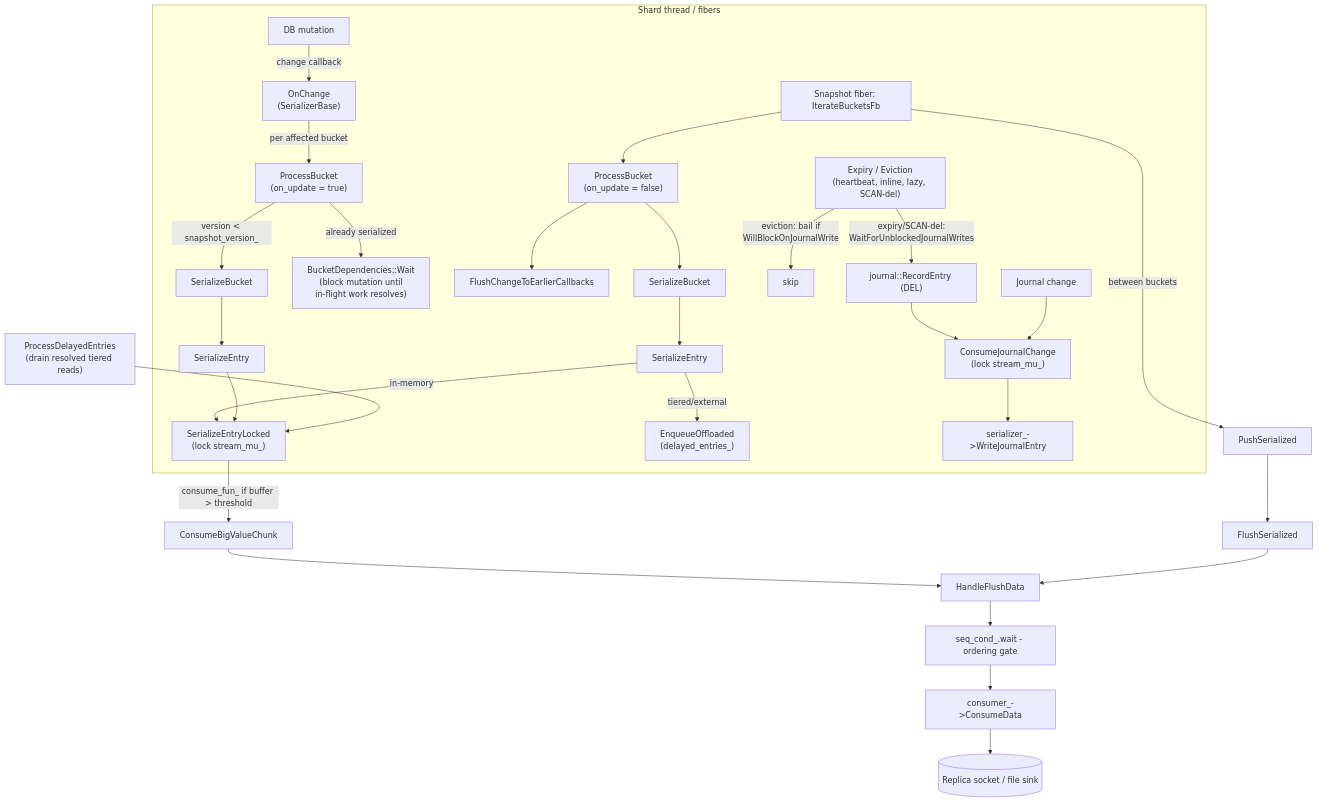
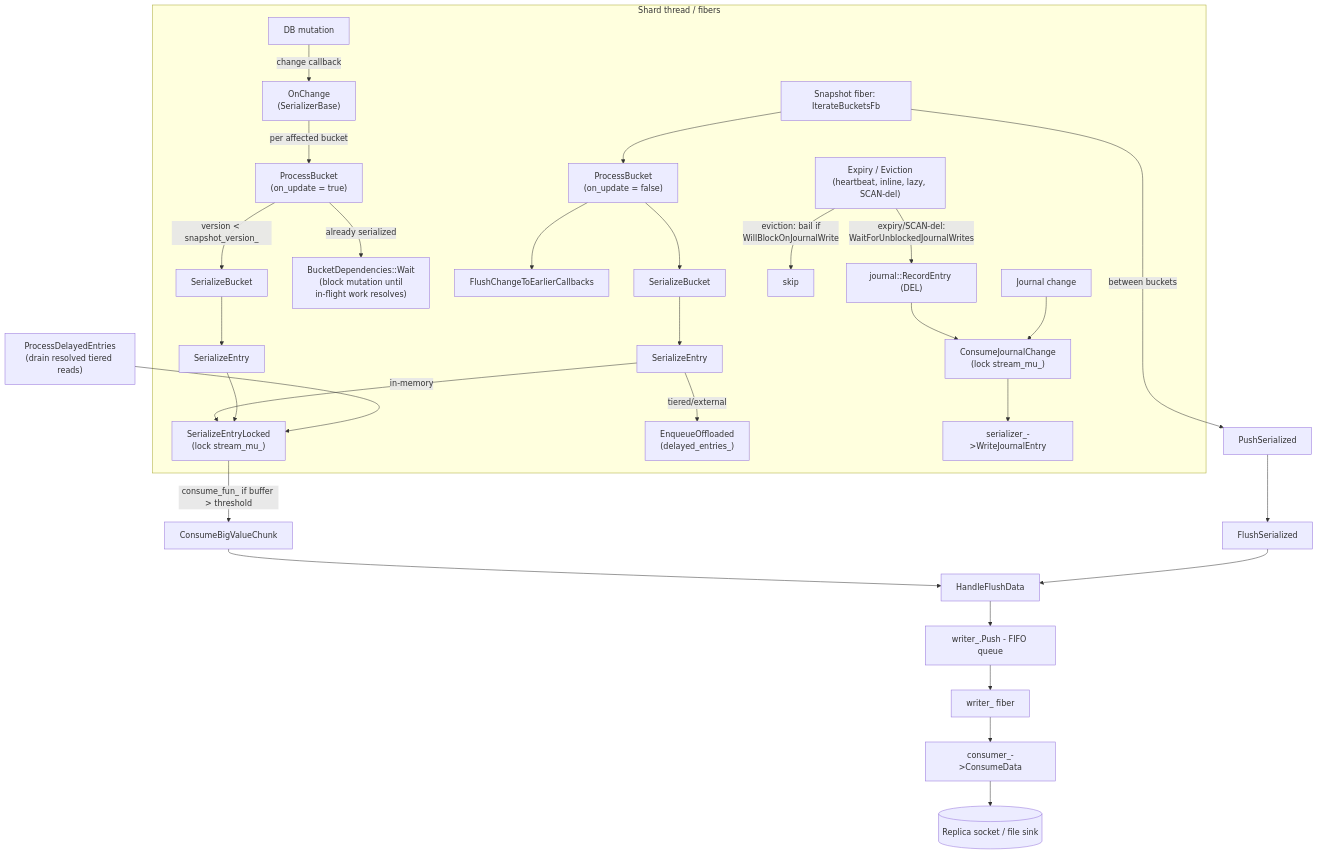
One commit to dragonflydb/dragonfly changed the first of 2 diagrams in docs/shard-serialization.md. Above: the diagram before and after it, drawn with Mermaid. The commit also changed other lines of this file and 2 other files, not shown here.

First line of the commit message:
refactor(snapshot): replace the seq_cond_ ordering gate with QueuedSinkWriter

````diff
--- a/docs/shard-serialization.md
+++ b/docs/shard-serialization.md
@@ -53,39 +53,40 @@
 ```mermaid
 flowchart TD
   subgraph ShardThread[Shard thread / fibers]
     MUT[DB mutation] -->|change callback| ODC["OnChange<br/>(SerializerBase)"]
     ODC -->|per affected bucket| PB1["ProcessBucket<br/>(on_update = true)"]
     PB1 -->|version &lt; snapshot_version_| SBL1["SerializeBucket"]
     PB1 -->|already serialized| WAIT["BucketDependencies::Wait<br/>(block mutation until<br/>in-flight work resolves)"]
     SBL1 --> SE1["SerializeEntry"]
 
     TRAV["Snapshot fiber: IterateBucketsFb"] --> PB2["ProcessBucket<br/>(on_update = false)"]
     PB2 --> FCE["FlushChangeToEarlierCallbacks"]
     PB2 --> SBL2["SerializeBucket"]
     SBL2 --> SE2["SerializeEntry"]
 
     SE2 -->|in-memory| SAVE2["SerializeEntryLocked<br/>(lock stream_mu_)"]
     SE2 -->|tiered/external| ENQ["EnqueueOffloaded<br/>(delayed_entries_)"]
     SE1 --> SAVE2
 
     EXP["Expiry / Eviction<br/>(heartbeat, inline, lazy, SCAN-del)"]
     EXP -->|"eviction: bail if<br/>WillBlockOnJournalWrite"| SKIP[skip]
     EXP -->|"expiry/SCAN-del:<br/>WaitForUnblockedJournalWrites"| JRN_DIRECT["journal::RecordEntry (DEL)"]
     JRN_DIRECT --> CJC
 
     JRN[Journal change] --> CJC["ConsumeJournalChange<br/>(lock stream_mu_)"]
     CJC --> WJE["serializer_->WriteJournalEntry"]
   end
 
   SAVE2 -->|consume_fun_ if buffer &gt; threshold| CBC["ConsumeBigValueChunk"]
   CBC --> HFD[HandleFlushData]
 
   TRAV -->|between buckets| PS["PushSerialized"]
   PDE["ProcessDelayedEntries<br/>(drain resolved tiered reads)"] --> SAVE2
   PS --> FS[FlushSerialized]
   FS --> HFD
 
-  HFD --> SEQ["seq_cond_.wait - ordering gate"]
-  SEQ --> CD["consumer_->ConsumeData"]
+  HFD --> WQ["writer_.Push - FIFO queue"]
+  WQ --> WFB["writer_ fiber"]
+  WFB --> CD["consumer_->ConsumeData"]
   CD --> SINK[(Replica socket / file sink)]
 ```
````
